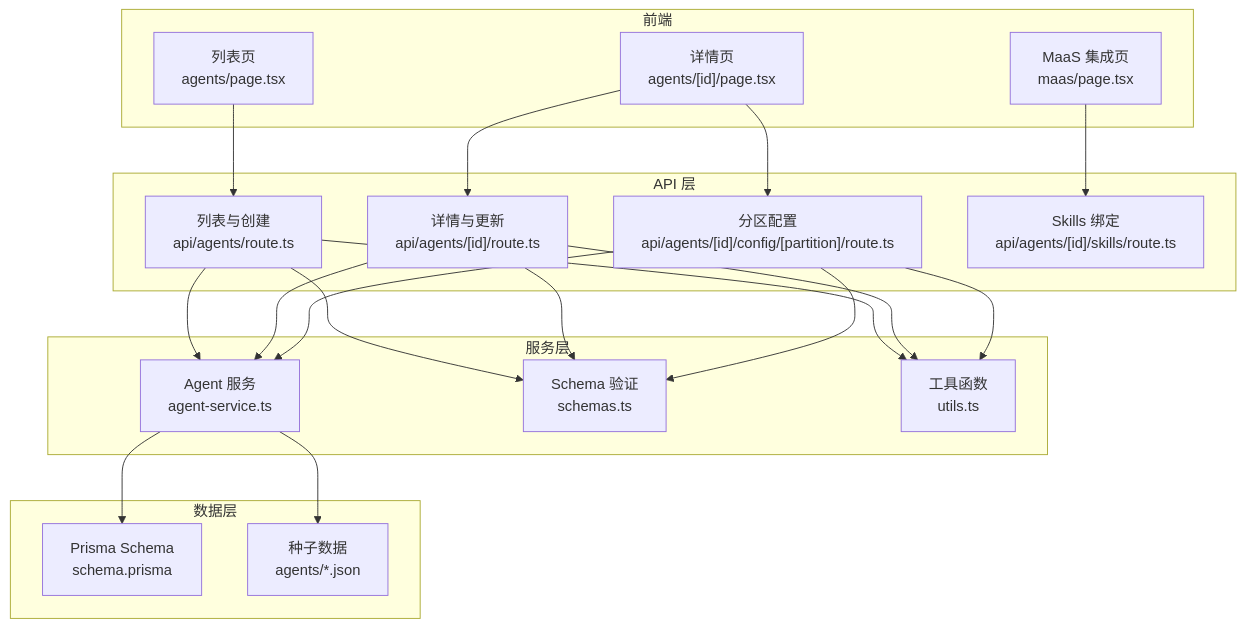
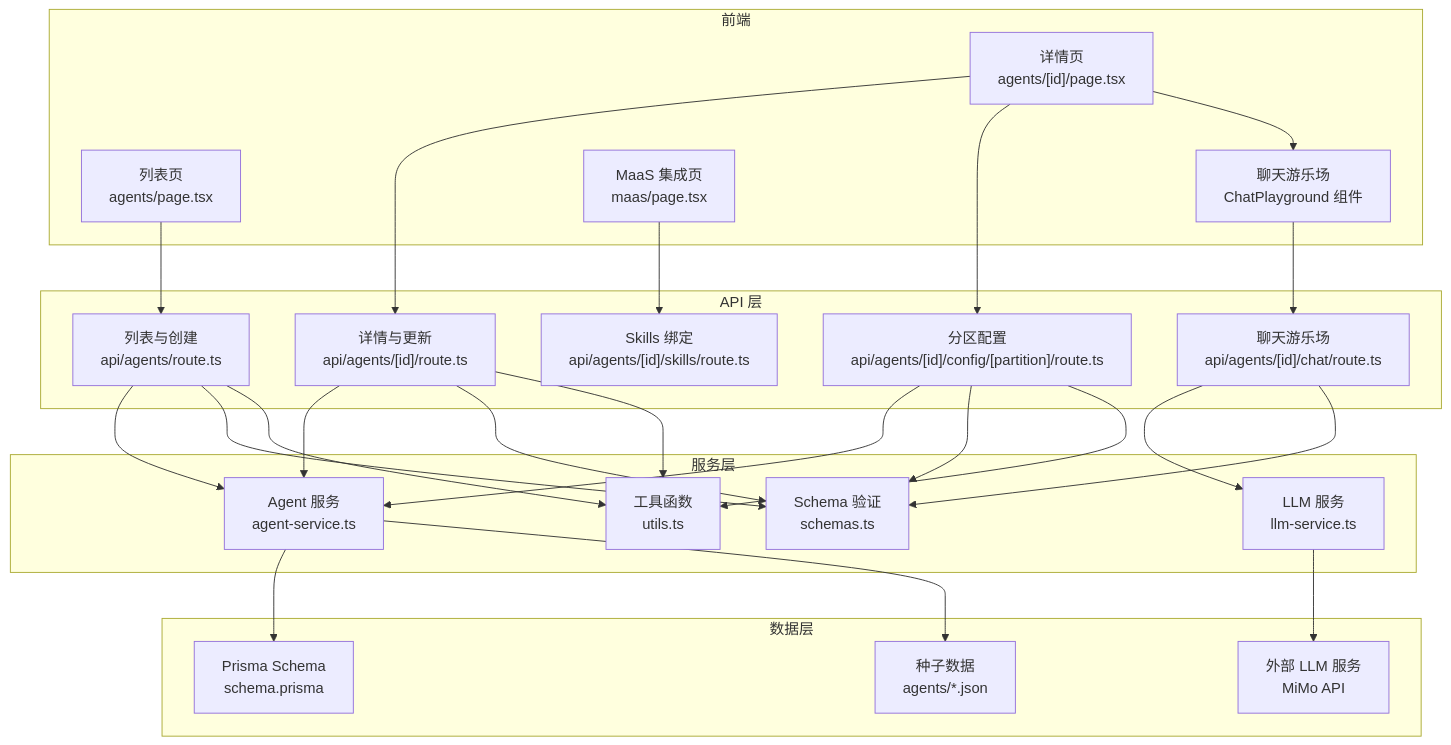
One commit to ai-guru-global/agent-up changed the first of 7 diagrams in .qoder/repowiki/zh/content/功能模块/Agent 管理.md. Above: the diagram before and after it, drawn with Mermaid. The commit also changed other lines of this file and 32 other files, not shown here.

````diff
--- a/.qoder/repowiki/zh/content/功能模块/Agent 管理.md
+++ b/.qoder/repowiki/zh/content/功能模块/Agent 管理.md
@@ -59,38 +64,47 @@
 ```mermaid
 graph TB
 subgraph "前端"
 A["列表页<br/>agents/page.tsx"]
 B["详情页<br/>agents/[id]/page.tsx"]
-C["MaaS 集成页<br/>maas/page.tsx"]
+C["聊天游乐场<br/>ChatPlayground 组件"]
+D["MaaS 集成页<br/>maas/page.tsx"]
 end
 subgraph "API 层"
-D["列表与创建<br/>api/agents/route.ts"]
-E["详情与更新<br/>api/agents/[id]/route.ts"]
-F["分区配置<br/>api/agents/[id]/config/[partition]/route.ts"]
-G["Skills 绑定<br/>api/agents/[id]/skills/route.ts"]
+E["列表与创建<br/>api/agents/route.ts"]
+F["详情与更新<br/>api/agents/[id]/route.ts"]
+G["分区配置<br/>api/agents/[id]/config/[partition]/route.ts"]
+H["Skills 绑定<br/>api/agents/[id]/skills/route.ts"]
+I["聊天游乐场<br/>api/agents/[id]/chat/route.ts"]
 end
 subgraph "服务层"
-H["Agent 服务<br/>agent-service.ts"]
-I["Schema 验证<br/>schemas.ts"]
-J["工具函数<br/>utils.ts"]
+J["Agent 服务<br/>agent-service.ts"]
+K["LLM 服务<br/>llm-service.ts"]
+L["Schema 验证<br/>schemas.ts"]
+M["工具函数<br/>utils.ts"]
 end
 subgraph "数据层"
-K["Prisma Schema<br/>schema.prisma"]
-L["种子数据<br/>agents/*.json"]
+N["Prisma Schema<br/>schema.prisma"]
+O["种子数据<br/>agents/*.json"]
+P["外部 LLM 服务<br/>MiMo API"]
 end
-A --> D
-B --> E
+A --> E
 B --> F
-C --> G
+B --> G
+B --> C
+C --> I
 D --> H
-E --> H
-F --> H
-H --> K
-H --> L
-D --> I
-E --> I
-F --> I
-D --> J
 E --> J
 F --> J
+G --> J
+I --> K
+J --> N
+J --> O
+E --> L
+F --> L
+G --> L
+I --> L
+E --> M
+F --> M
+G --> M
+K --> P
 ```
````
